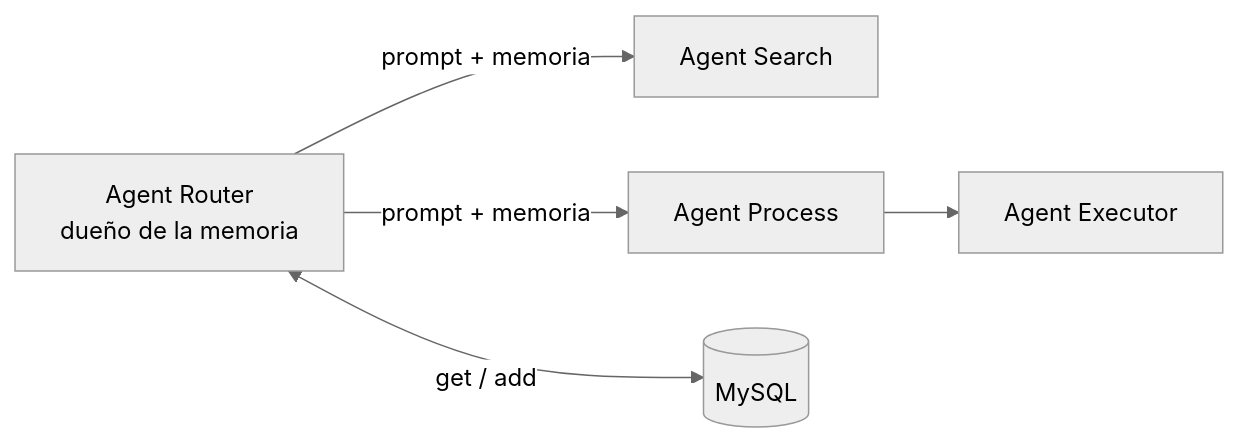
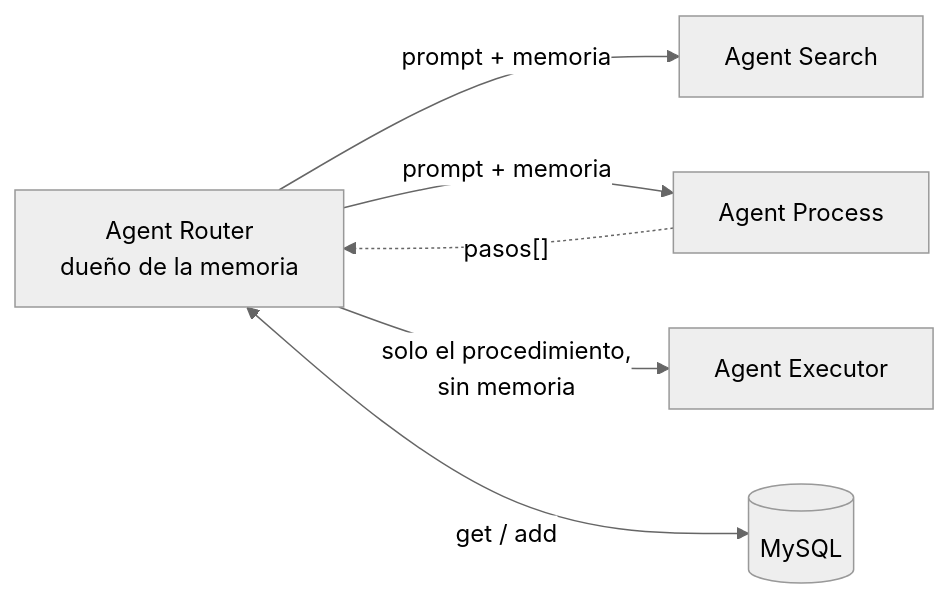
Before and after one commit to xxce10xx/agents-spring: the ninth of 15 diagrams in README.md, drawn with Mermaid (neutral theme). The commit also changed other lines of this file and 27 other files, not shown here.

Commit message:
The Executor agent and Process agent were added.

````diff
--- a/README.md
+++ b/README.md
@@ -666,7 +1067,8 @@
 ```mermaid
 graph LR
     R["Agent Router<br/>dueño de la memoria"] -->|prompt + memoria| S[Agent Search]
     R -->|prompt + memoria| P[Agent Process]
-    P --> E[Agent Executor]
+    P -.->|"pasos[]"| R
+    R -->|"solo el procedimiento,<br/>sin memoria"| E[Agent Executor]
     R <-->|get / add| DB[(MySQL)]
 ```
````
